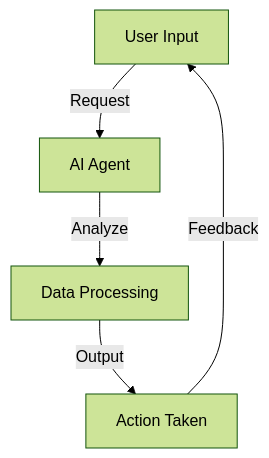
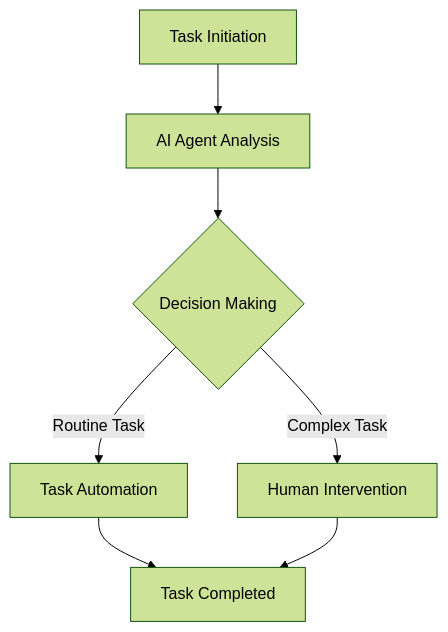
One commit to ai-tools-lab/ai-tools-lab.github.io changed the diagram in content/posts/boosting-productivity-with-ai-agents-in-2026.md. Above: the diagram before and after it, drawn with Mermaid (forest theme). The commit also changed other lines of this file and 29 other files, not shown here.

````diff
--- a/content/posts/boosting-productivity-with-ai-agents-in-2026.md
+++ b/content/posts/boosting-productivity-with-ai-agents-in-2026.md
@@ -104,7 +72,9 @@
 ```mermaid
 graph TD;
-    A[User Input] -->|Request| B[AI Agent];
-    B -->|Analyze| C[Data Processing];
-    C -->|Output| D[Action Taken];
-    D -->|Feedback| A;
+    A[Task Initiation] --> B[AI Agent Analysis]
+    B --> C{Decision Making}
+    C -->|Routine Task| D[Task Automation]
+    C -->|Complex Task| E[Human Intervention]
+    D --> F[Task Completed]
+    E --> F
 ```
````
